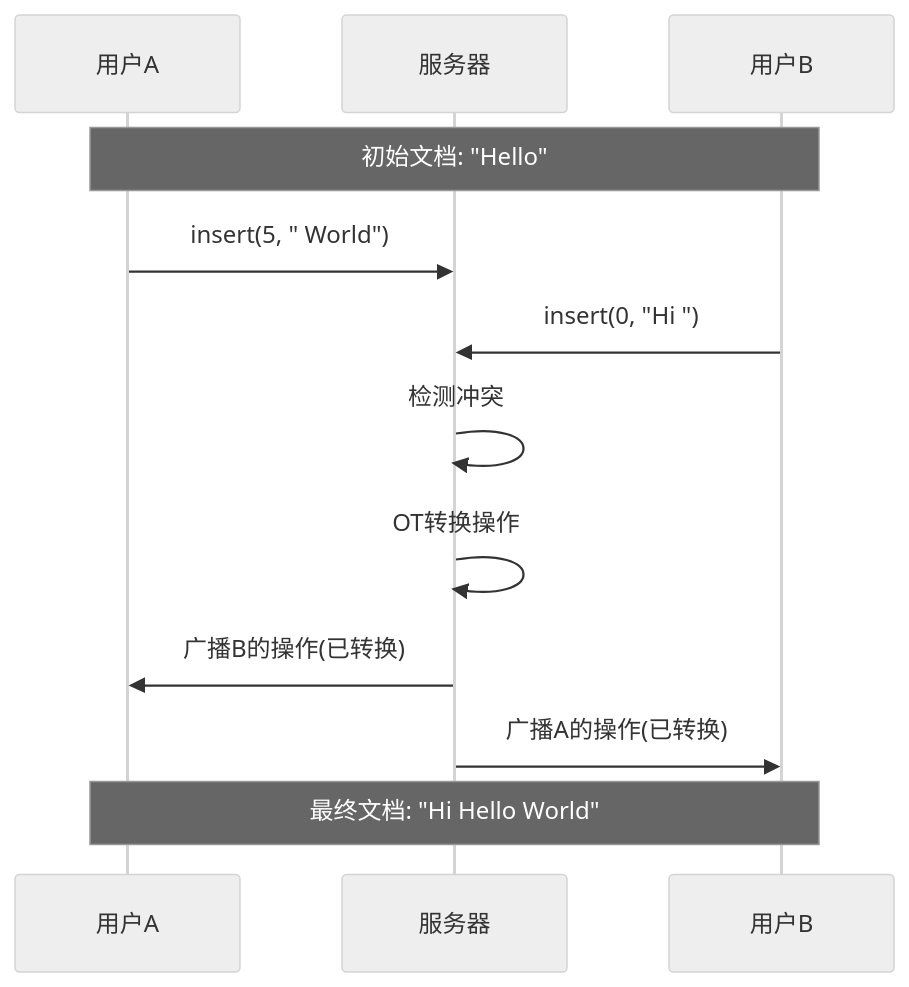
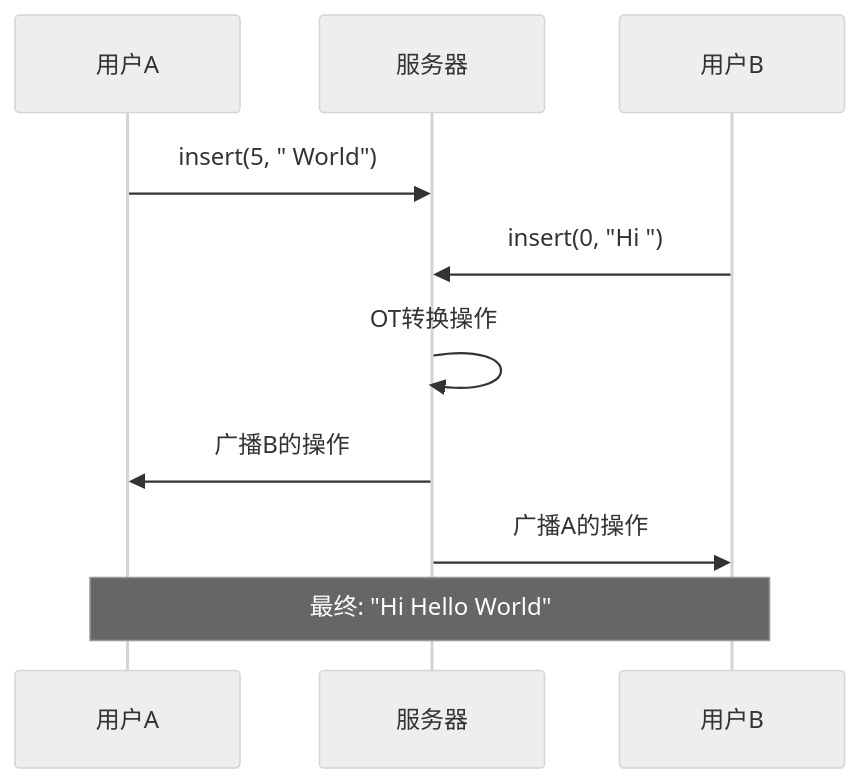
The ninth of 10 diagrams in docs/系统架构设计文档.md (WZP358/Wiki), drawn with Mermaid (neutral theme) before and after one commit. The commit also changed other lines of this file and 550 other files, not shown here.

````diff
--- a/docs/系统架构设计文档.md
+++ b/docs/系统架构设计文档.md
@@ -304,18 +229,13 @@
 ```mermaid
 sequenceDiagram
     participant A as 用户A
     participant S as 服务器
     participant B as 用户B
 
-    Note over A,B: 初始文档: "Hello"
-
     A->>S: insert(5, " World")
     B->>S: insert(0, "Hi ")
-
-    S->>S: 检测冲突
     S->>S: OT转换操作
-    S->>A: 广播B的操作(已转换)
-    S->>B: 广播A的操作(已转换)
-
-    Note over A,B: 最终文档: "Hi Hello World"
+    S->>A: 广播B的操作
+    S->>B: 广播A的操作
+    Note over A,B: 最终: "Hi Hello World"
 ```
````
